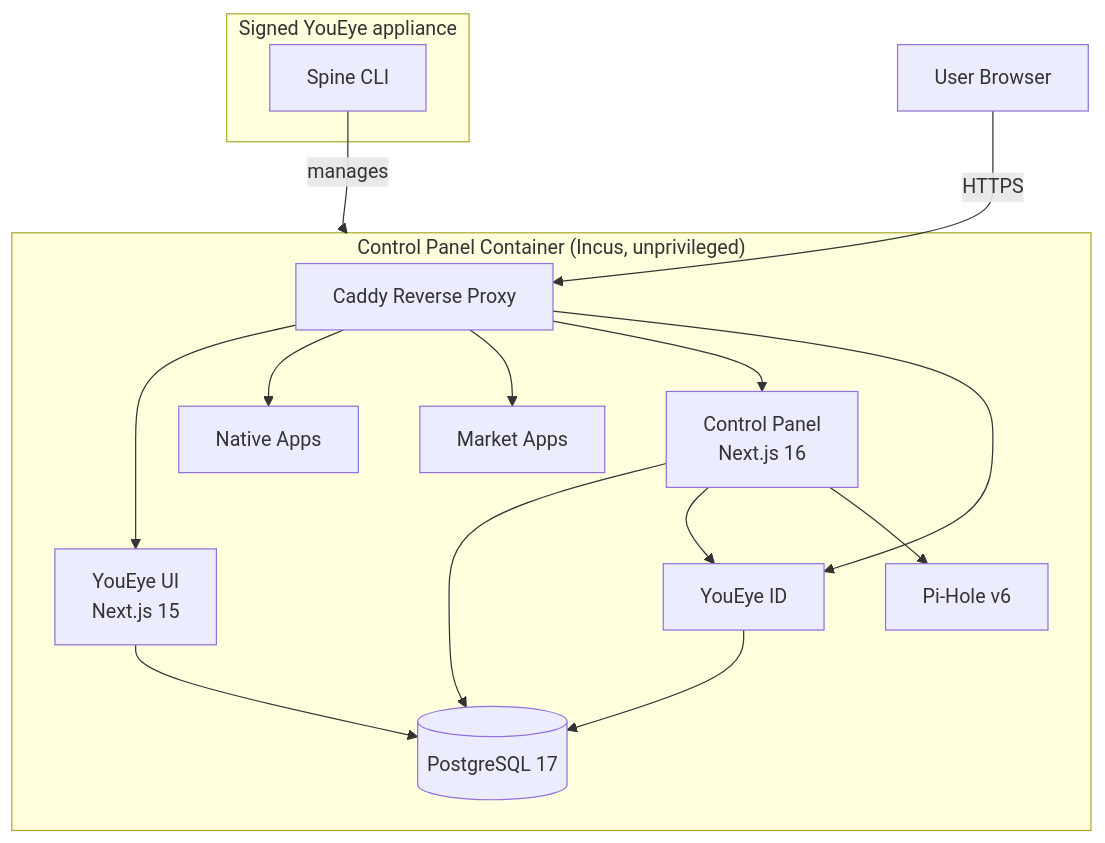
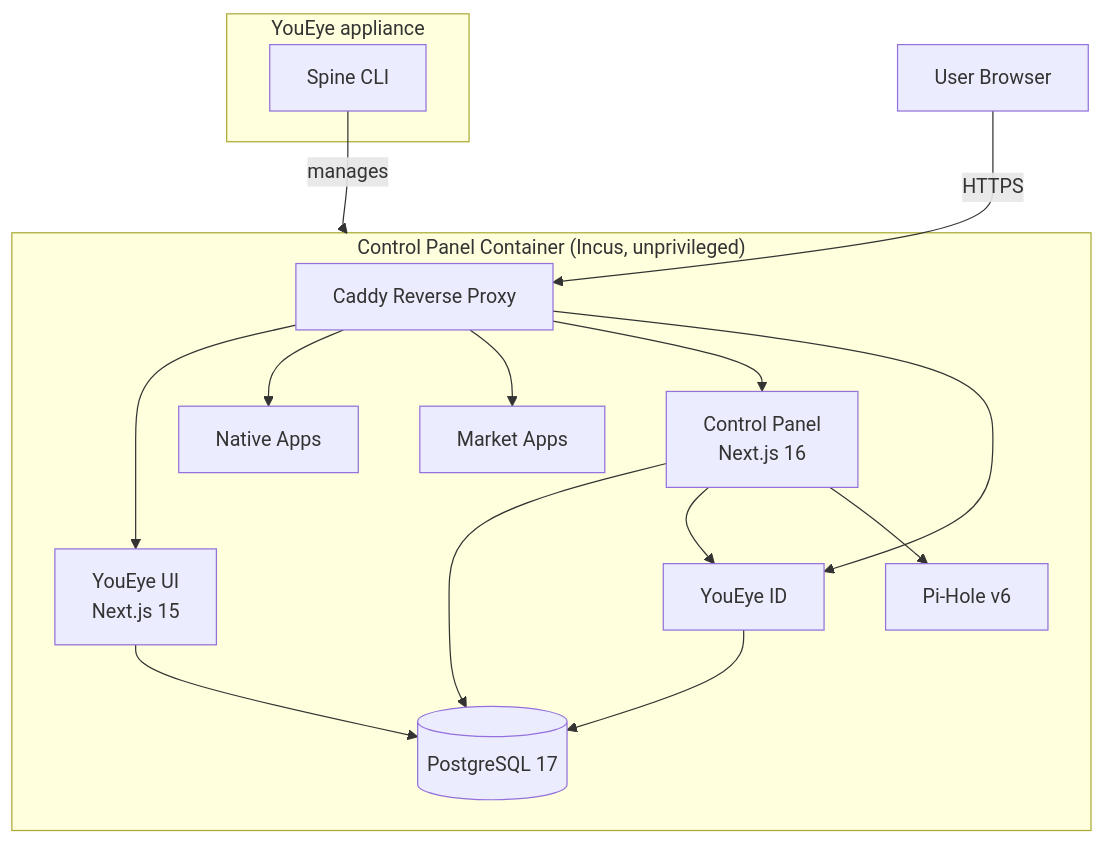
The first of 5 diagrams in docs/architecture.md (YouEye-Platform/YouEye), drawn with Mermaid before and after one commit. The commit also changed other lines of this file and 346 other files, not shown here.

Commit message:
Release YouEye 0.6.0

````diff
--- a/docs/architecture.md
+++ b/docs/architecture.md
@@ -7,33 +7,33 @@
 ```mermaid
 graph TD
     User[User Browser] -->|HTTPS| Caddy[Caddy Reverse Proxy]
     
-    subgraph Host["Signed YouEye appliance"]
+    subgraph Host["YouEye appliance"]
         Spine[Spine CLI]
     end
     
     Spine -->|manages| Container
     
     subgraph Container["Control Panel Container (Incus, unprivileged)"]
         CP[Control Panel<br/>Next.js 16]
         Caddy
         ID[YouEye ID]
         DB[(PostgreSQL 17)]
         DNS[Pi-Hole v6]
         UI[YouEye UI<br/>Next.js 15]
         Apps[Native Apps]
         Market[Market Apps]
     end
     
     Caddy --> UI
     Caddy --> Apps
     Caddy --> Market
     Caddy --> CP
     Caddy --> ID
     
     CP --> DB
     CP --> ID
     CP --> DNS
     UI --> DB
     ID --> DB
 ```
````
